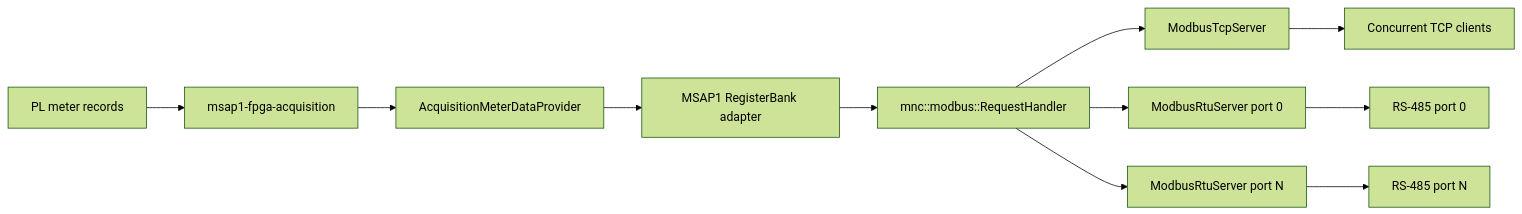
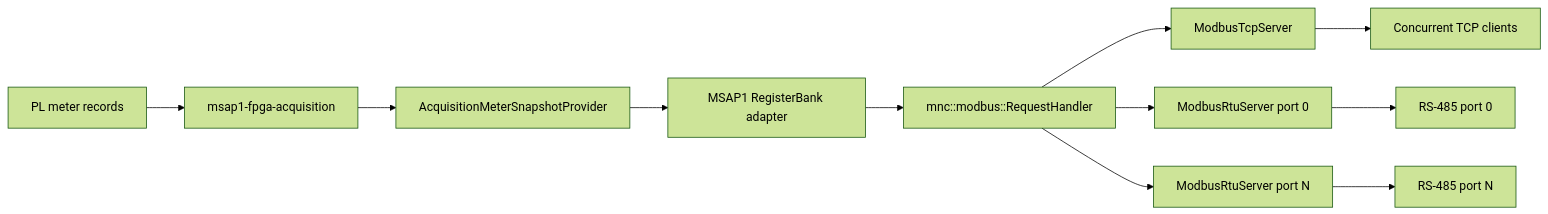
Before and after one commit to Monutchee/MSAP1_APU: the diagram in docs/System_Architecture/MODBUS_SERVER.md, drawn with Mermaid (forest theme). The commit also changed other lines of this file and 41 other files, not shown here.

Commit message:
refactor(meter): unify snapshot and stream providers

````diff
--- a/docs/System_Architecture/MODBUS_SERVER.md
+++ b/docs/System_Architecture/MODBUS_SERVER.md
@@ -16,13 +16,13 @@
 ```mermaid
 flowchart LR
     PL["PL meter records"] --> ACQ["msap1-fpga-acquisition"]
-    ACQ --> PROVIDER["AcquisitionMeterDataProvider"]
+    ACQ --> PROVIDER["AcquisitionMeterSnapshotProvider"]
     PROVIDER --> MAP["MSAP1 RegisterBank adapter"]
     MAP --> HANDLER["mnc::modbus::RequestHandler"]
     HANDLER --> TCP["ModbusTcpServer"]
     HANDLER --> RTU0["ModbusRtuServer port 0"]
     HANDLER --> RTUN["ModbusRtuServer port N"]
     TCP --> CLIENTS["Concurrent TCP clients"]
     RTU0 --> SERIAL0["RS-485 port 0"]
     RTUN --> SERIALN["RS-485 port N"]
 ```
````
